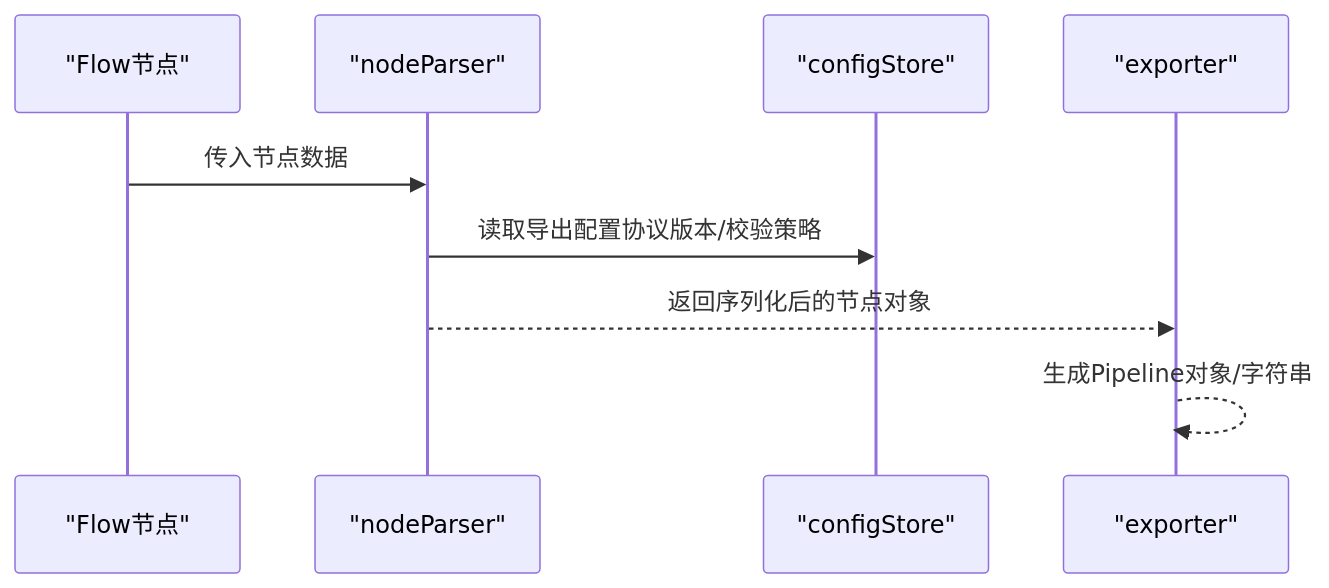
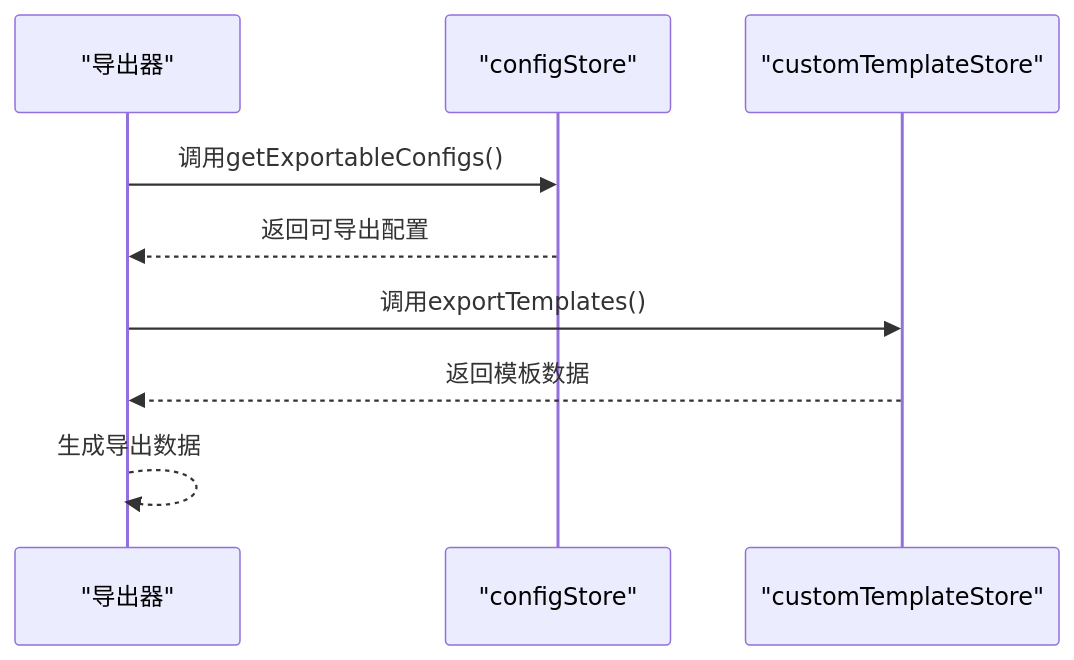
Before and after one commit to kqcoxn/MaaPipelineEditor: the fifth of 8 diagrams in .qoder/repowiki/zh/content/用户界面/面板系统/配置面板/配置管理区域.md, drawn with Mermaid. The commit also changed other lines of this file and 50 other files, not shown here.

````diff
--- a/.qoder/repowiki/zh/content/用户界面/面板系统/配置面板/配置管理区域.md
+++ b/.qoder/repowiki/zh/content/用户界面/面板系统/配置面板/配置管理区域.md
@@ -207,11 +254,11 @@
 ```mermaid
 sequenceDiagram
-participant F as "Flow节点"
-participant NP as "nodeParser"
-participant CFG as "configStore"
-participant EXP as "exporter"
-F->>NP : 传入节点数据
-NP->>CFG : 读取导出配置协议版本/校验策略
-NP-->>EXP : 返回序列化后的节点对象
-EXP-->>EXP : 生成Pipeline对象/字符串
+participant EXP as "导出器"
+participant CS as "configStore"
+participant CT as "customTemplateStore"
+EXP->>CS : 调用getExportableConfigs()
+CS-->>EXP : 返回可导出配置
+EXP->>CT : 调用exportTemplates()
+CT-->>EXP : 返回模板数据
+EXP-->>EXP : 生成导出数据
 ```
````
